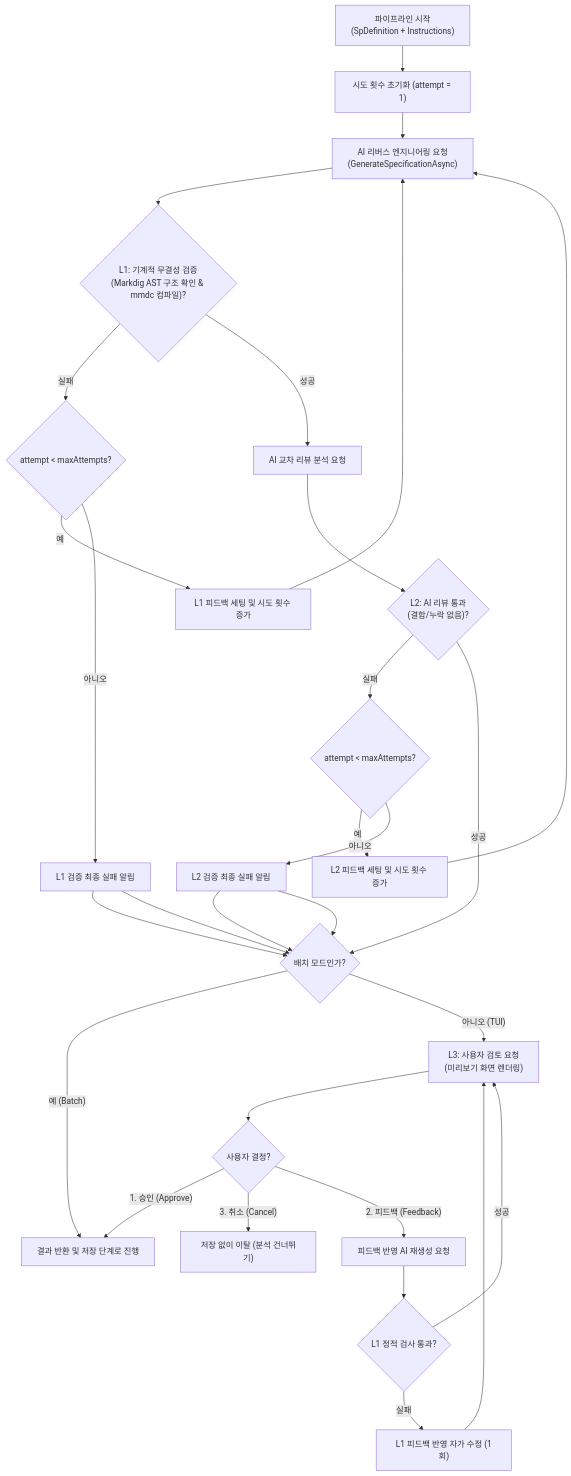
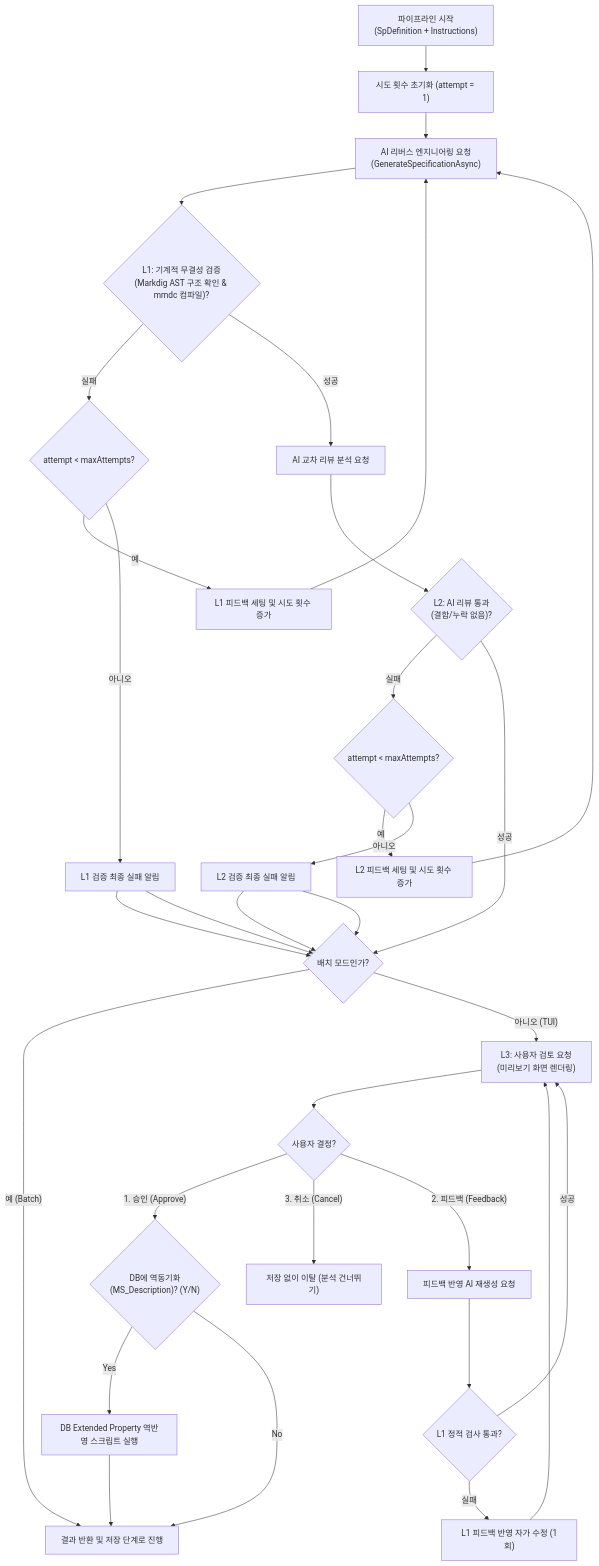
The second of 3 diagrams in docs/architecture.md (moondae815/sp-reverse-engineering), drawn with Mermaid before and after one commit. The commit also changed other lines of this file and 9 other files, not shown here.

````diff
--- a/docs/architecture.md
+++ b/docs/architecture.md
@@ -211,35 +223,37 @@
 ```mermaid
 graph TD
     StartPipeline["파이프라인 시작<br/>(SpDefinition + Instructions)"] --> InitAttempt["시도 횟수 초기화 (attempt = 1)"]
     InitAttempt --> CallAI["AI 리버스 엔지니어링 요청<br/>(GenerateSpecificationAsync)"]
     
     CallAI --> L1Check{"L1: 기계적 무결성 검증<br/>(Markdig AST 구조 확인 & mmdc 컴파일)?"}
     
     L1Check -- "실패" --> L1FailAttempt{"attempt < maxAttempts?"}
     L1FailAttempt -- "예" --> SetL1Feedback["L1 피드백 세팅 및 시도 횟수 증가"] --> CallAI
     L1FailAttempt -- "아니오" --> L1Abort["L1 검증 최종 실패 알림"] --> L3Check
     
     L1Check -- "성공" --> L2Review["AI 교차 리뷰 분석 요청"]
     L2Review --> L2Check{"L2: AI 리뷰 통과<br/>(결함/누락 없음)?"}
     
     L2Check -- "실패" --> L2FailAttempt{"attempt < maxAttempts?"}
     L2FailAttempt -- "예" --> SetL2Feedback["L2 피드백 세팅 및 시도 횟수 증가"] --> CallAI
     L2FailAttempt -- "아니오" --> L2Abort["L2 검증 최종 실패 알림"] --> L3Check
     
     L2Check -- "성공" --> L3Check{"배치 모드인가?"}
     L1Abort --> L3Check
     L2Abort --> L3Check
     
     L3Check -- "예 (Batch)" --> ReturnSuccess["결과 반환 및 저장 단계로 진행"]
     
     L3Check -- "아니오 (TUI)" --> HumanReview["L3: 사용자 검토 요청<br/>(미리보기 화면 렌더링)"]
     HumanReview --> HumanDecision{"사용자 결정?"}
     
-    HumanDecision -- "1. 승인 (Approve)" --> ReturnSuccess
+    HumanDecision -- "1. 승인 (Approve)" --> ConfirmSync{"DB에 역동기화<br/>(MS_Description)? (Y/N)"}
+    ConfirmSync -- "Yes" --> ExecSync["DB Extended Property 역반영 스크립트 실행"] --> ReturnSuccess
+    ConfirmSync -- "No" --> ReturnSuccess
     HumanDecision -- "3. 취소 (Cancel)" --> ReturnCancel["저장 없이 이탈 (분석 건너뛰기)"]
     HumanDecision -- "2. 피드백 (Feedback)" --> RegenerateAI["피드백 반영 AI 재생성 요청"]
     
     RegenerateAI --> L1ReCheck{"L1 정적 검사 통과?"}
     L1ReCheck -- "실패" --> SetL1ReFeedback["L1 피드백 반영 자가 수정 (1회)"] --> HumanReview
     L1ReCheck -- "성공" --> HumanReview
 ```
````
